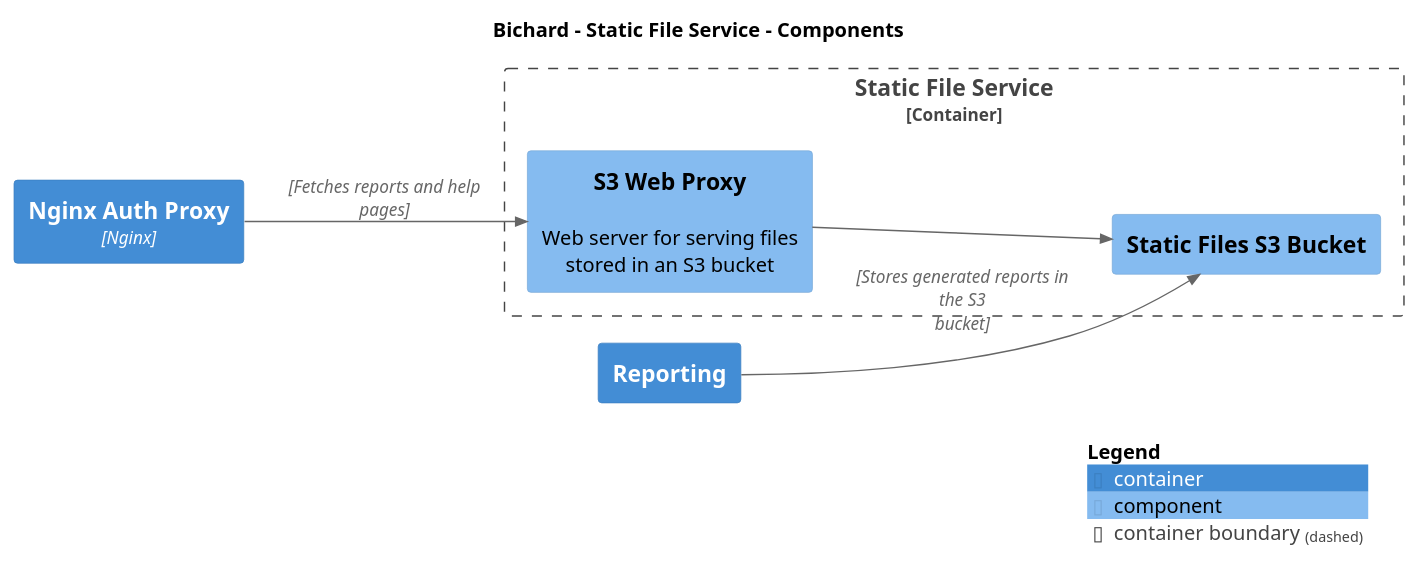
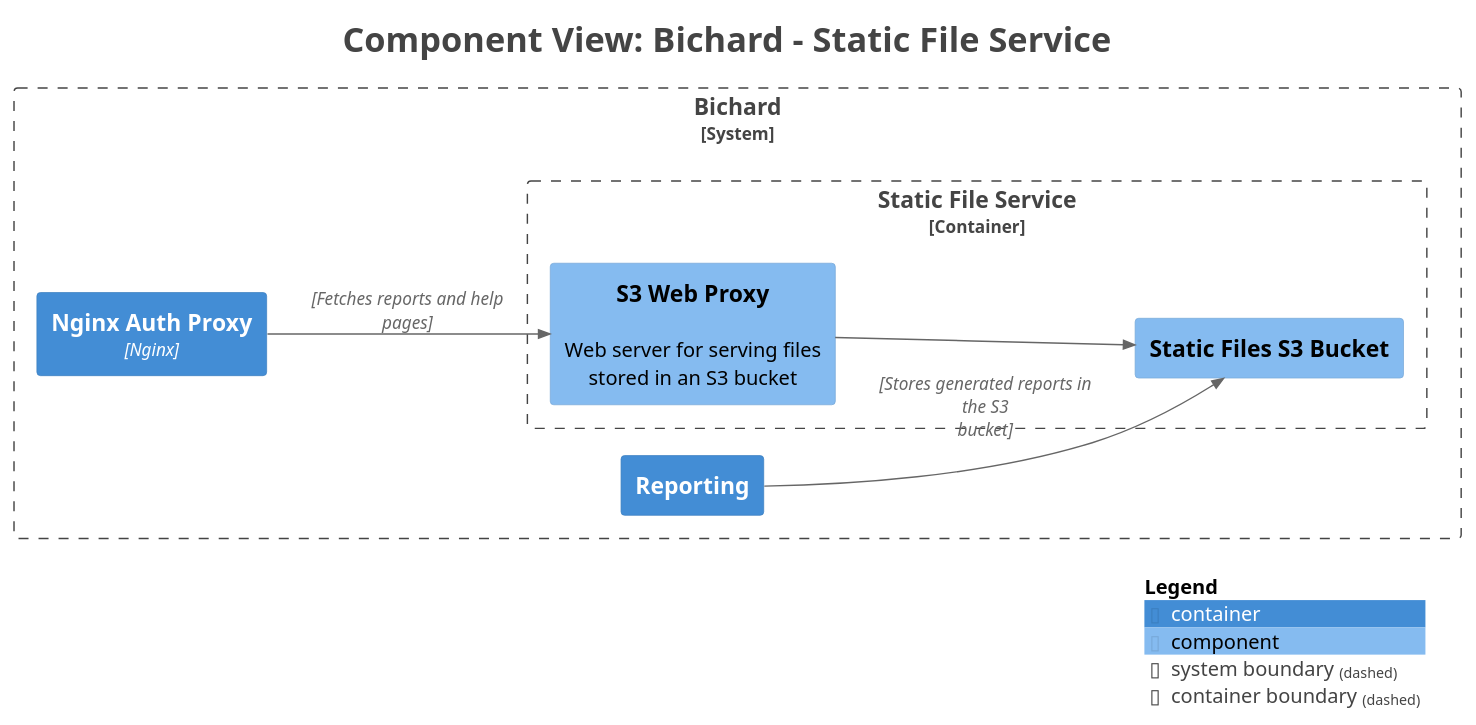
Before and after one commit to ministryofjustice/bichard7-next-core: the diagram in main/puml/Component-005.puml, drawn with PlantUML. The commit also changed 143 other files, not shown here.

```diff
--- a/main/puml/Component-005.puml
+++ b/main/puml/Component-005.puml
@@ -1,25 +1,35 @@
 @startuml
+title <size:24>Component View: Bichard - Static File Service</size>
+
 set separator none
-title Bichard - Static File Service - Components
+left to right direction
 
-left to right direction
+<style>
+  root {
+    BackgroundColor: #ffffff
+    FontColor: #444444
+  }
+</style>
 
 !include <C4/C4>
 !include <C4/C4_Context>
 !include <C4/C4_Container>
 !include <C4/C4_Component>
 
-Container(Bichard.NginxAuthProxy, "Nginx Auth Proxy", $techn="Nginx", $descr="", $tags="", $link="")
-Container(Bichard.Reporting, "Reporting", $techn="", $descr="", $tags="", $link="")
+System_Boundary("Bichard_boundary", "Bichard", $tags="") {
+  Container_Boundary("Bichard.StaticFileService_boundary", "Static File Service", $tags="") {
+    Component(Bichard.StaticFileService.S3WebProxy, "S3 Web Proxy", $techn="", $descr="Web server for serving files stored in an S3 bucket", $tags="", $link="")
+    Component(Bichard.StaticFileService.StaticFilesS3Bucket, "Static Files S3 Bucket", $techn="", $descr="", $tags="", $link="")
+  }
 
-Container_Boundary("Bichard.StaticFileService_boundary", "Static File Service", $tags="") {
-  Component(Bichard.StaticFileService.S3WebProxy, "S3 Web Proxy", $techn="", $descr="Web server for serving files stored in an S3 bucket", $tags="", $link="")
-  Component(Bichard.StaticFileService.StaticFilesS3Bucket, "Static Files S3 Bucket", $techn="", $descr="", $tags="", $link="")
+  Container(Bichard.NginxAuthProxy, "Nginx Auth Proxy", $techn="Nginx", $descr="", $tags="", $link="")
+  Container(Bichard.Reporting, "Reporting", $techn="", $descr="", $tags="", $link="")
 }
 
 Rel(Bichard.Reporting, Bichard.StaticFileService.StaticFilesS3Bucket, "", $techn="Stores generated reports in the S3 bucket", $tags="", $link="")
 Rel(Bichard.StaticFileService.S3WebProxy, Bichard.StaticFileService.StaticFilesS3Bucket, "", $techn="", $tags="", $link="")
 Rel(Bichard.NginxAuthProxy, Bichard.StaticFileService.S3WebProxy, "", $techn="Fetches reports and help pages", $tags="", $link="")
 
 SHOW_LEGEND(true)
+hide stereotypes
 @enduml
```
